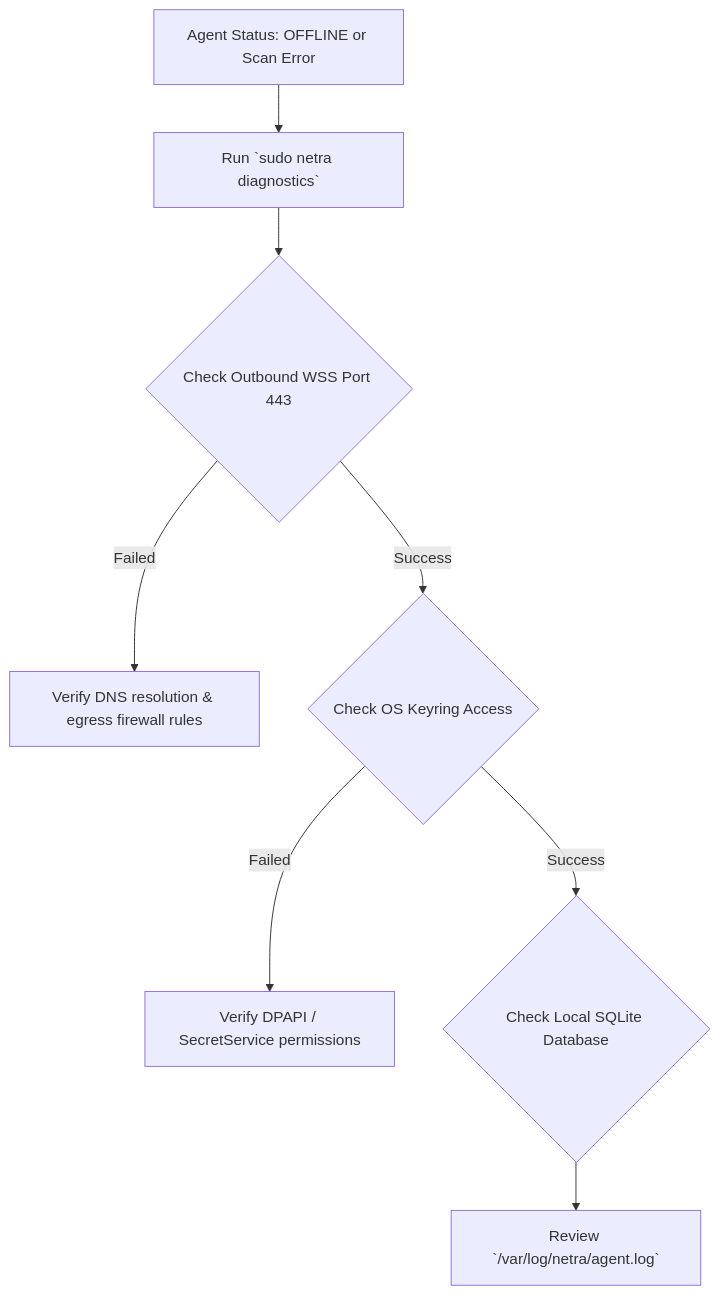
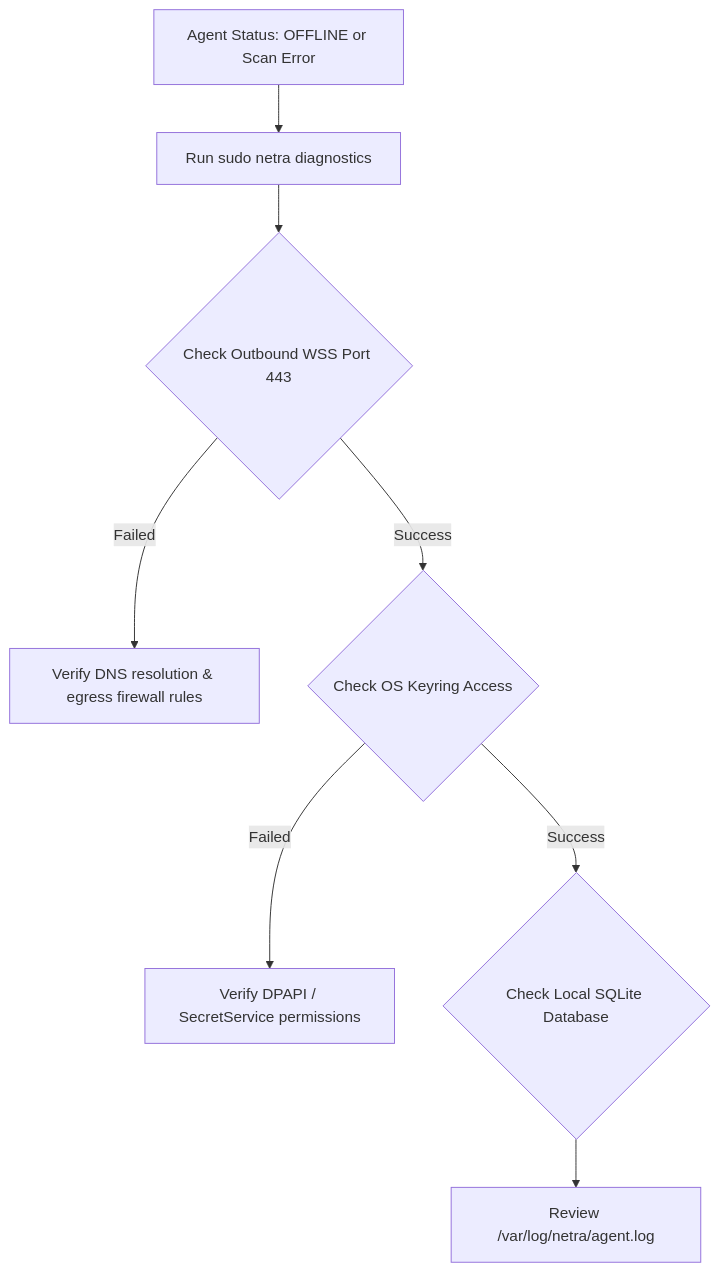
Before and after one commit to Subhadip-Paul2006/NETRA-Backend: the second of 2 diagrams in docs/USAGE.md, drawn with Mermaid. The commit also changed other lines of this file and 14 other files, not shown here.

Commit message:
fix(docs): resolve GitHub Mermaid diagram lexical errors and KaTeX math formatting across all specifications

````diff
--- a/docs/USAGE.md
+++ b/docs/USAGE.md
@@ -181,10 +181,10 @@
 ```mermaid
 flowchart TD
-    Issue["Agent Status: OFFLINE or Scan Error"] --> D1["Run `sudo netra diagnostics`"]
+    Issue["Agent Status: OFFLINE or Scan Error"] --> D1["Run sudo netra diagnostics"]
     D1 --> D2{"Check Outbound WSS Port 443"}
     D2 -- Failed --> D3["Verify DNS resolution & egress firewall rules"]
     D2 -- Success --> D4{"Check OS Keyring Access"}
     D4 -- Failed --> D5["Verify DPAPI / SecretService permissions"]
     D4 -- Success --> D6{"Check Local SQLite Database"}
-    D6 --> D7["Review `/var/log/netra/agent.log`"]
+    D6 --> D7["Review /var/log/netra/agent.log"]
 ```
````
